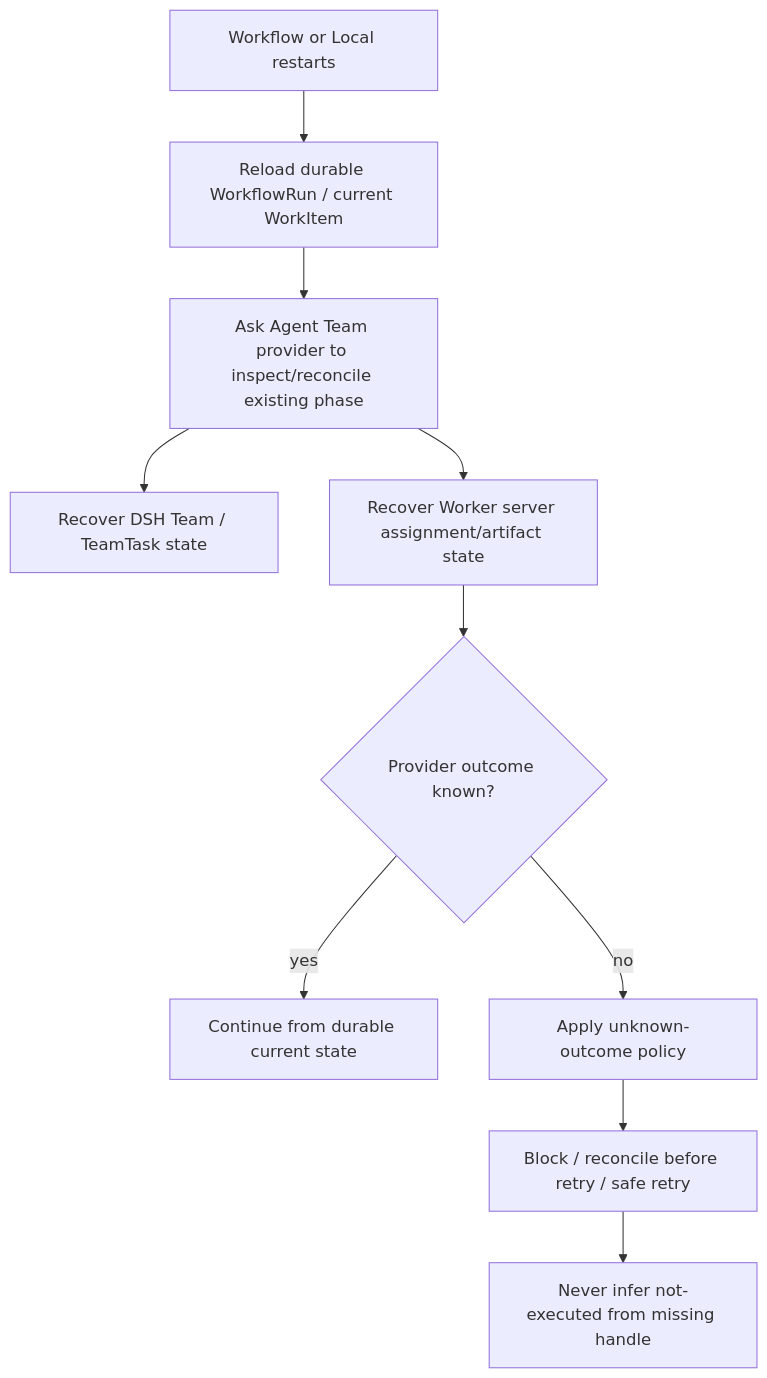
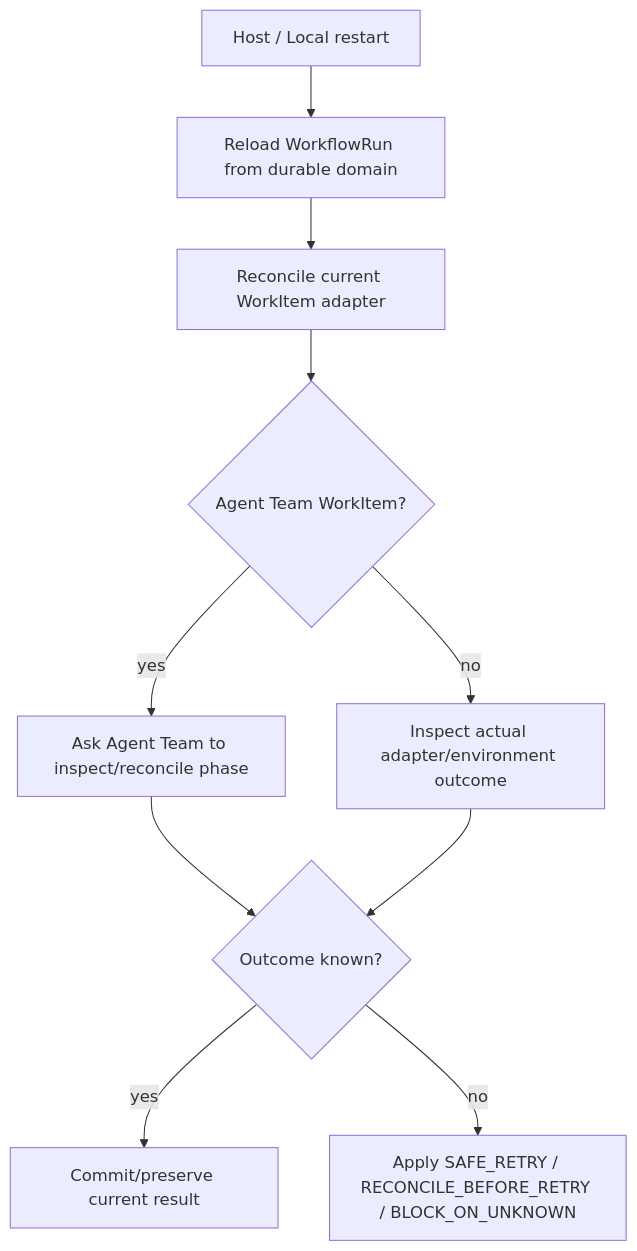
Before and after one commit to tsuuanmi/AgentOS: the seventh of 8 diagrams in docs/architecture/interaction-model.md, drawn with Mermaid. The commit also changed other lines of this file, not shown here.

```diff
--- a/docs/architecture/interaction-model.md
+++ b/docs/architecture/interaction-model.md
@@ -313,20 +190,18 @@
 ~~~mermaid
 flowchart TD
-    X[Workflow or Local restarts]
-    R[Reload durable WorkflowRun / current WorkItem]
-    I[Ask Agent Team provider to inspect/reconcile existing phase]
-    T[Recover DSH Team / TeamTask state]
-    W[Recover Worker server assignment/artifact state]
-    P{Provider outcome known?}
-    C[Continue from durable current state]
-    Q[Apply unknown-outcome policy]
-    B[Block / reconcile before retry / safe retry]
-    N[Never infer not-executed from missing handle]
+    X[Host / Local restart]
+    R[Reload WorkflowRun from durable domain]
+    C[Reconcile current WorkItem adapter]
+    A{Agent Team WorkItem?}
+    T[Ask Agent Team to inspect/reconcile phase]
+    O[Inspect actual adapter/environment outcome]
+    P{Outcome known?}
+    K[Commit/preserve current result]
+    U[Apply SAFE_RETRY / RECONCILE_BEFORE_RETRY / BLOCK_ON_UNKNOWN]
 
-    X --> R --> I
-    I --> T
-    I --> W
-    W --> P
-    P -->|yes| C
-    P -->|no| Q --> B --> N
+    X --> R --> C --> A
+    A -->|yes| T --> P
+    A -->|no| O --> P
+    P -->|yes| K
+    P -->|no| U
 ~~~
```
